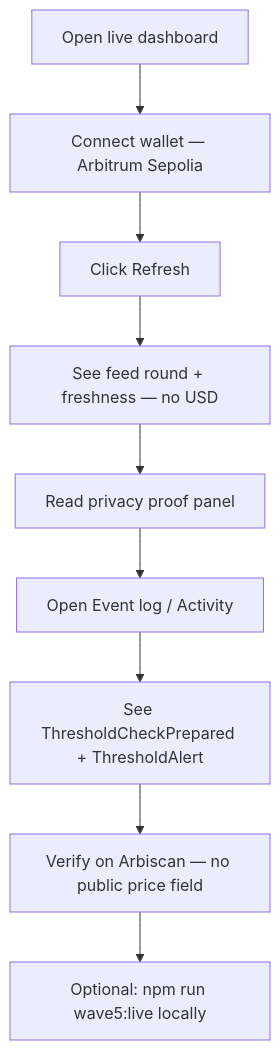
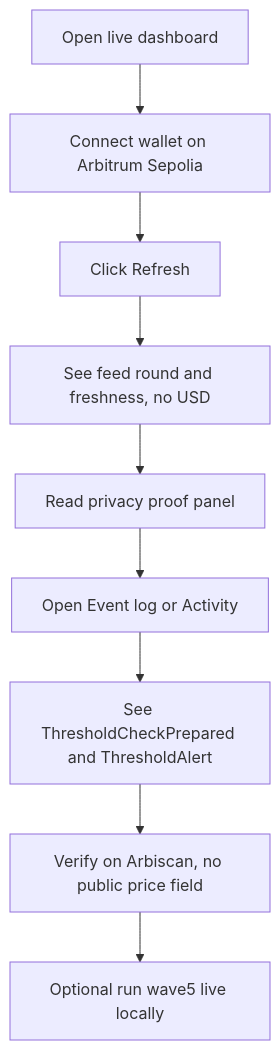
The seventh of 7 diagrams in README.md (Nanle-code/fhe-oracle-bridge), drawn with Mermaid before and after one commit. The commit also changed other lines of this file, not shown here.

````diff
--- a/README.md
+++ b/README.md
@@ -991,11 +985,11 @@
 ```mermaid
 flowchart TD
-    A[Open live dashboard] --> B[Connect wallet — Arbitrum Sepolia]
+    A[Open live dashboard] --> B["Connect wallet on Arbitrum Sepolia"]
     B --> C[Click Refresh]
-    C --> D[See feed round + freshness — no USD]
+    C --> D["See feed round and freshness, no USD"]
     D --> E[Read privacy proof panel]
-    E --> F[Open Event log / Activity]
-    F --> G[See ThresholdCheckPrepared + ThresholdAlert]
-    G --> H[Verify on Arbiscan — no public price field]
-    H --> I[Optional: npm run wave5:live locally]
+    E --> F["Open Event log or Activity"]
+    F --> G["See ThresholdCheckPrepared and ThresholdAlert"]
+    G --> H["Verify on Arbiscan, no public price field"]
+    H --> I["Optional run wave5 live locally"]
 ```
````
